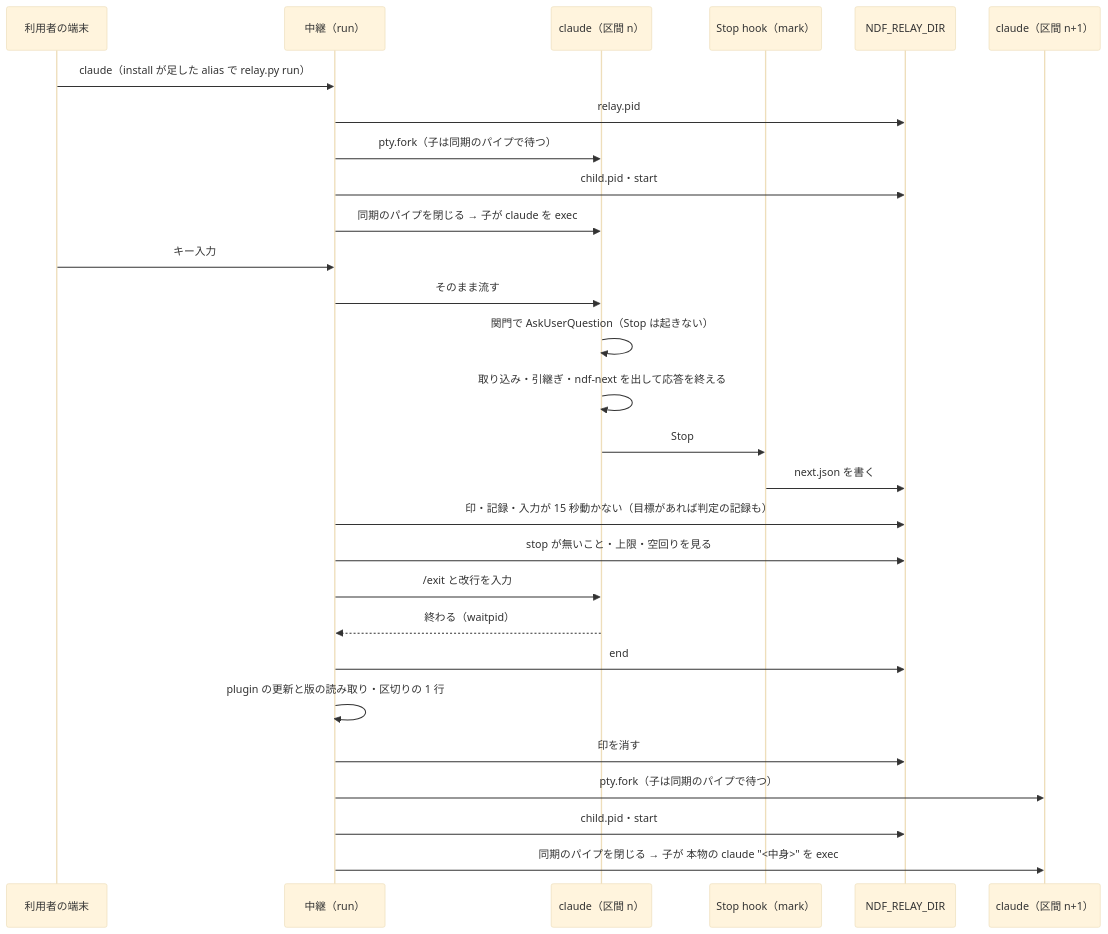
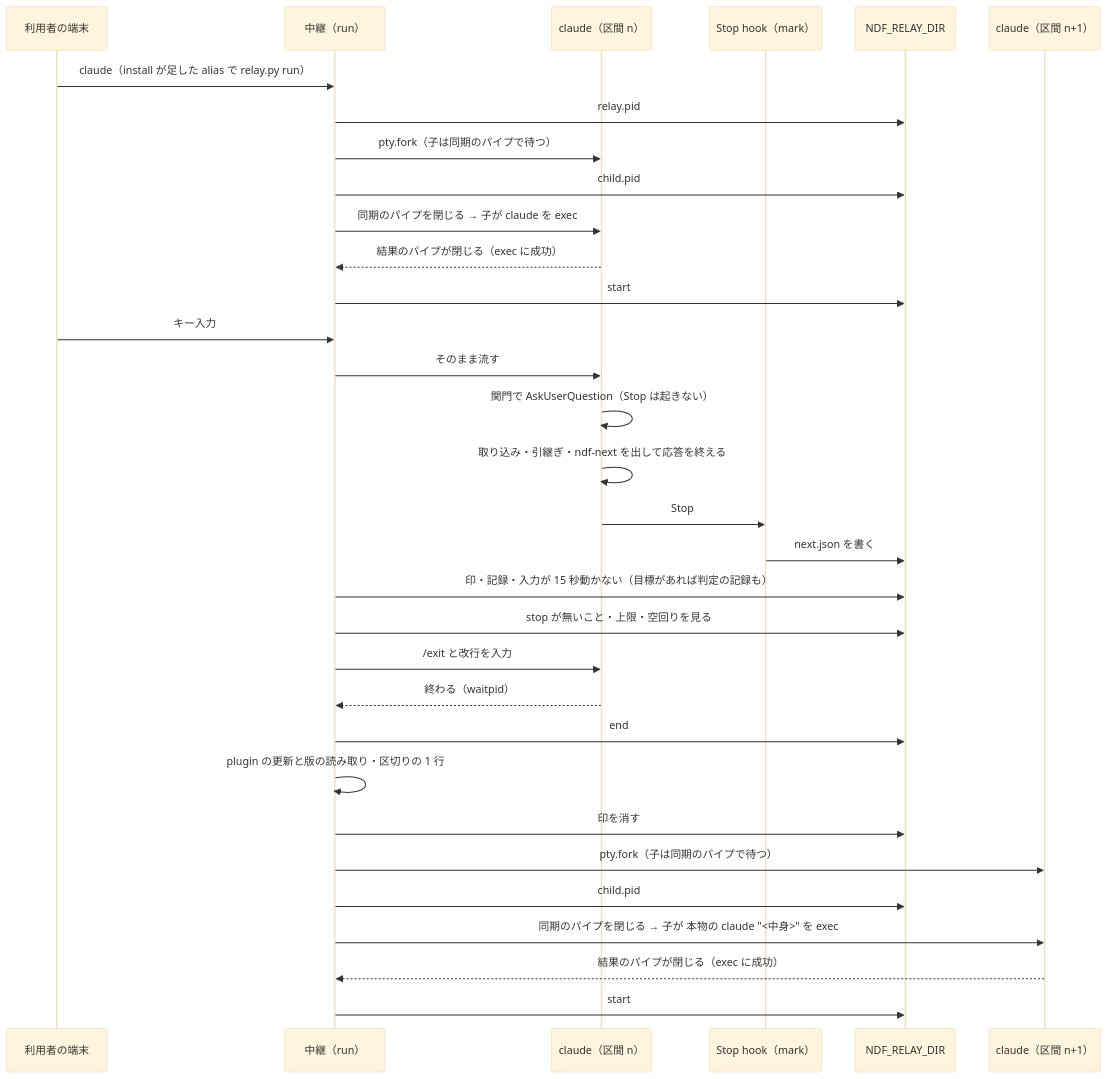
One commit to devbasex/ai-plugins changed the second of 3 diagrams in issues/issue-895-design.md. Above: the diagram before and after it, drawn with Mermaid (base theme). The commit also changed other lines of this file and 1 other file, not shown here.

First line of the commit message:
Docs: #895 exec の成功を確かめてから start を書き、stop の探し方と初回の版を読めないときの素通しを定める

````diff
--- a/issues/issue-895-design.md
+++ b/issues/issue-895-design.md
@@ -311,30 +311,34 @@
 ```mermaid
 sequenceDiagram
     participant U as 利用者の端末
     participant R as 中継（run）
     participant C as claude（区間 n）
     participant H as Stop hook（mark）
     participant F as NDF_RELAY_DIR
     participant C2 as claude（区間 n+1）
     U->>R: claude（install が足した alias で relay.py run）
     R->>F: relay.pid
     R->>C: pty.fork（子は同期のパイプで待つ）
-    R->>F: child.pid・start
+    R->>F: child.pid
     R->>C: 同期のパイプを閉じる → 子が claude を exec
+    C-->>R: 結果のパイプが閉じる（exec に成功）
+    R->>F: start
     U->>R: キー入力
     R->>C: そのまま流す
     C->>C: 関門で AskUserQuestion（Stop は起きない）
     C->>C: 取り込み・引継ぎ・ndf-next を出して応答を終える
     C->>H: Stop
     H->>F: next.json を書く
     R->>F: 印・記録・入力が 15 秒動かない（目標があれば判定の記録も）
     R->>F: stop が無いこと・上限・空回りを見る
     R->>C: /exit と改行を入力
     C-->>R: 終わる（waitpid）
     R->>F: end
     R->>R: plugin の更新と版の読み取り・区切りの 1 行
     R->>F: 印を消す
     R->>C2: pty.fork（子は同期のパイプで待つ）
-    R->>F: child.pid・start
+    R->>F: child.pid
     R->>C2: 同期のパイプを閉じる → 子が 本物の claude "<中身>" を exec
+    C2-->>R: 結果のパイプが閉じる（exec に成功）
+    R->>F: start
 ```
````
